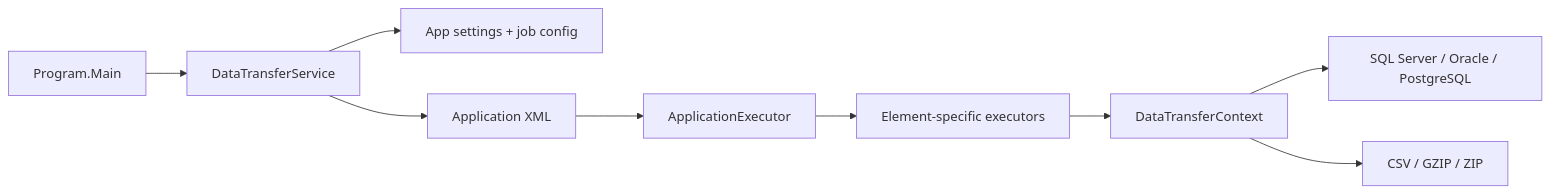
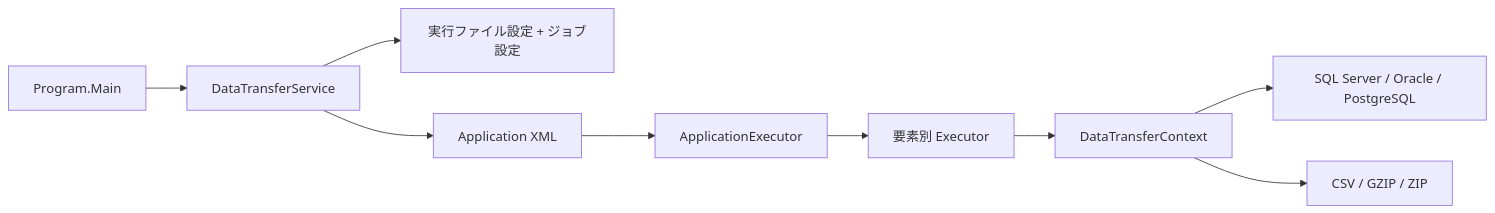
The diagram in docs/architecture.md (lain13/dtfx), drawn with Mermaid before and after one commit. The commit also changed other lines of this file and 9 other files, not shown here.

````diff
--- a/docs/architecture.md
+++ b/docs/architecture.md
@@ -7,11 +7,11 @@
 ```mermaid
 flowchart LR
     CLI["Program.Main"] --> Service["DataTransferService"]
-    Service --> Config["App settings + job config"]
+    Service --> Config["実行ファイル設定 + ジョブ設定"]
     Service --> XML["Application XML"]
     XML --> App["ApplicationExecutor"]
-    App --> Tasks["Element-specific executors"]
+    App --> Tasks["要素別 Executor"]
     Tasks --> Context["DataTransferContext"]
     Context --> DB["SQL Server / Oracle / PostgreSQL"]
     Context --> Files["CSV / GZIP / ZIP"]
 ```
````
